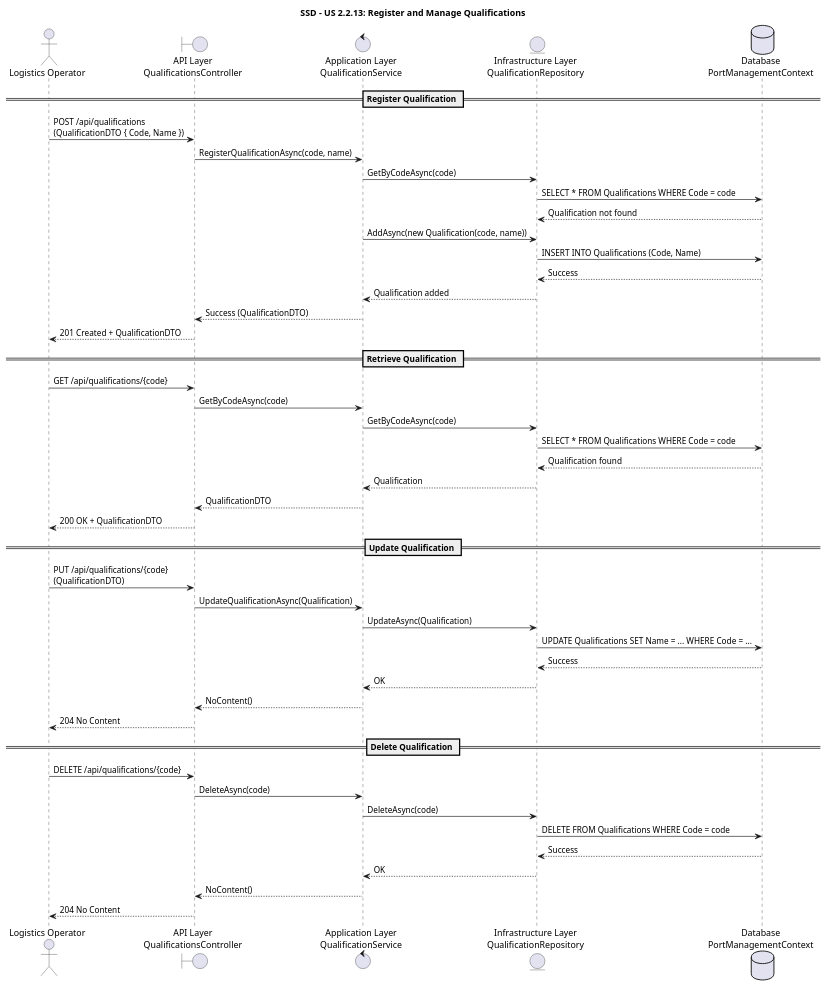
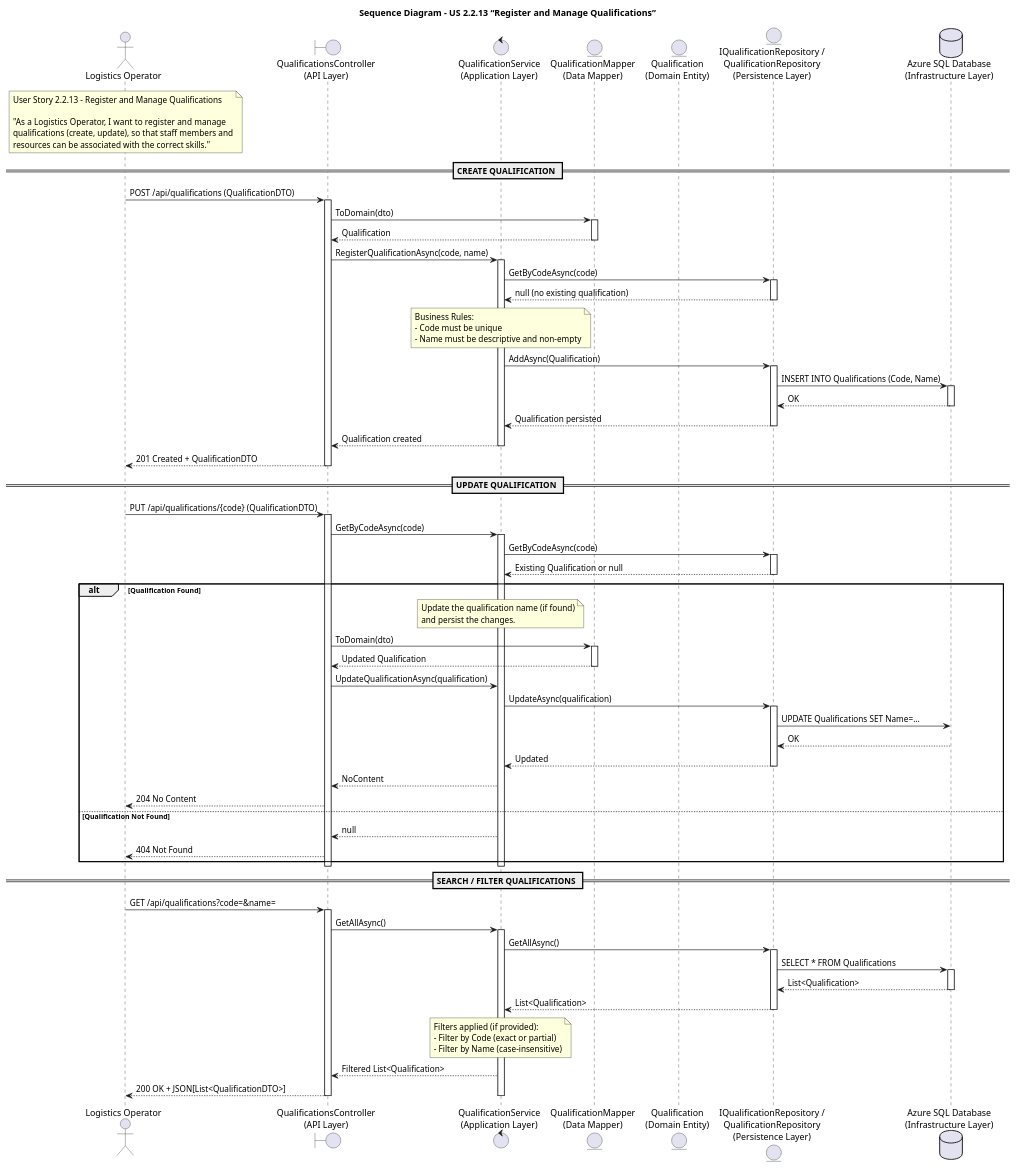
Before and after one commit to igor-coutinho22/Port_Management_System: the diagram in docs/US 2.2.13/Sequence Diagram – US 2.2.13.puml, drawn with PlantUML.

Commit message:
Updated US2.2.13 Sequence Diagram

```diff
--- a/docs/US 2.2.13/Sequence Diagram – US 2.2.13.puml
+++ b/docs/US 2.2.13/Sequence Diagram – US 2.2.13.puml
@@ -1,52 +1,129 @@
-@startuml
-title SSD - US 2.2.13: Register and Manage Qualifications
+@startuml Qualification_Management_SSD
+title Sequence Diagram – US 2.2.13 “Register and Manage Qualifications”
 
 actor "Logistics Operator" as Operator
-boundary "API Layer\nQualificationsController" as API
-control "Application Layer\nQualificationService" as Service
-entity "Infrastructure Layer\nQualificationRepository" as Repo
-database "Database\nPortManagementContext" as DB
+boundary "QualificationsController\n(API Layer)" as Controller
+control "QualificationService\n(Application Layer)" as Service
+entity "QualificationMapper\n(Data Mapper)" as Mapper
+entity "Qualification\n(Domain Entity)" as Qualification
+entity "IQualificationRepository /\nQualificationRepository\n(Persistence Layer)" as Repo
+database "Azure SQL Database\n(Infrastructure Layer)" as DB
 
-== Register Qualification ==
-Operator -> API : POST /api/qualifications\n(QualificationDTO { Code, Name })
-API -> Service : RegisterQualificationAsync(code, name)
-Service -> Repo : GetByCodeAsync(code)
-Repo -> DB : SELECT * FROM Qualifications WHERE Code = code
-DB --> Repo : Qualification not found
-Service -> Repo : AddAsync(new Qualification(code, name))
-Repo -> DB : INSERT INTO Qualifications (Code, Name)
-DB --> Repo : Success
-Repo --> Service : Qualification added
-Service --> API : Success (QualificationDTO)
-API --> Operator : 201 Created + QualificationDTO
+' ===========================
+' CONTEXT
+' ===========================
+note over Operator
+User Story 2.2.13 – Register and Manage Qualifications
 
-== Retrieve Qualification ==
-Operator -> API : GET /api/qualifications/{code}
-API -> Service : GetByCodeAsync(code)
-Service -> Repo : GetByCodeAsync(code)
-Repo -> DB : SELECT * FROM Qualifications WHERE Code = code
-DB --> Repo : Qualification found
-Repo --> Service : Qualification
-Service --> API : QualificationDTO
-API --> Operator : 200 OK + QualificationDTO
+"As a Logistics Operator, I want to register and manage
+qualifications (create, update), so that staff members and
+resources can be associated with the correct skills."
+end note
 
-== Update Qualification ==
-Operator -> API : PUT /api/qualifications/{code}\n(QualificationDTO)
-API -> Service : UpdateQualificationAsync(Qualification)
-Service -> Repo : UpdateAsync(Qualification)
-Repo -> DB : UPDATE Qualifications SET Name = ... WHERE Code = ...
-DB --> Repo : Success
-Repo --> Service : OK
-Service --> API : NoContent()
-API --> Operator : 204 No Content
+== CREATE QUALIFICATION ==
 
-== Delete Qualification ==
-Operator -> API : DELETE /api/qualifications/{code}
-API -> Service : DeleteAsync(code)
-Service -> Repo : DeleteAsync(code)
-Repo -> DB : DELETE FROM Qualifications WHERE Code = code
-DB --> Repo : Success
-Repo --> Service : OK
-Service --> API : NoContent()
-API --> Operator : 204 No Content
+Operator -> Controller: POST /api/qualifications (QualificationDTO)
+activate Controller
+
+Controller -> Mapper: ToDomain(dto)
+activate Mapper
+Mapper --> Controller: Qualification
+deactivate Mapper
+
+Controller -> Service: RegisterQualificationAsync(code, name)
+activate Service
+
+Service -> Repo: GetByCodeAsync(code)
+activate Repo
+Repo --> Service: null (no existing qualification)
+deactivate Repo
+
+note over Service
+Business Rules:
+- Code must be unique
+- Name must be descriptive and non-empty
+end note
+
+Service -> Repo: AddAsync(Qualification)
+activate Repo
+Repo -> DB: INSERT INTO Qualifications (Code, Name)
+activate DB
+DB --> Repo: OK
+deactivate DB
+Repo --> Service: Qualification persisted
+deactivate Repo
+
+Service --> Controller: Qualification created
+deactivate Service
+
+Controller --> Operator: 201 Created + QualificationDTO
+deactivate Controller
+
+== UPDATE QUALIFICATION ==
+
+Operator -> Controller: PUT /api/qualifications/{code} (QualificationDTO)
+activate Controller
+
+Controller -> Service: GetByCodeAsync(code)
+activate Service
+Service -> Repo: GetByCodeAsync(code)
+activate Repo
+Repo --> Service: Existing Qualification or null
+deactivate Repo
+
+alt Qualification Found
+    note over Service
+    Update the qualification name (if found)
+    and persist the changes.
+    end note
+
+    Controller -> Mapper: ToDomain(dto)
+    activate Mapper
+    Mapper --> Controller: Updated Qualification
+    deactivate Mapper
+
+    Controller -> Service: UpdateQualificationAsync(qualification)
+    Service -> Repo: UpdateAsync(qualification)
+    activate Repo
+    Repo -> DB: UPDATE Qualifications SET Name=...
+    DB --> Repo: OK
+    Repo --> Service: Updated
+    deactivate Repo
+
+    Service --> Controller: NoContent
+    Controller --> Operator: 204 No Content
+else Qualification Not Found
+    Service --> Controller: null
+    Controller --> Operator: 404 Not Found
+end
+deactivate Service
+deactivate Controller
+
+== SEARCH / FILTER QUALIFICATIONS ==
+
+Operator -> Controller: GET /api/qualifications?code=&name=
+activate Controller
+
+Controller -> Service: GetAllAsync()
+activate Service
+Service -> Repo: GetAllAsync()
+activate Repo
+Repo -> DB: SELECT * FROM Qualifications
+activate DB
+DB --> Repo: List<Qualification>
+deactivate DB
+Repo --> Service: List<Qualification>
+deactivate Repo
+
+note over Service
+Filters applied (if provided):
+- Filter by Code (exact or partial)
+- Filter by Name (case-insensitive)
+end note
+
+Service --> Controller: Filtered List<Qualification>
+Controller --> Operator: 200 OK + JSON[List<QualificationDTO>]
+deactivate Service
+deactivate Controller
+
 @enduml
```
